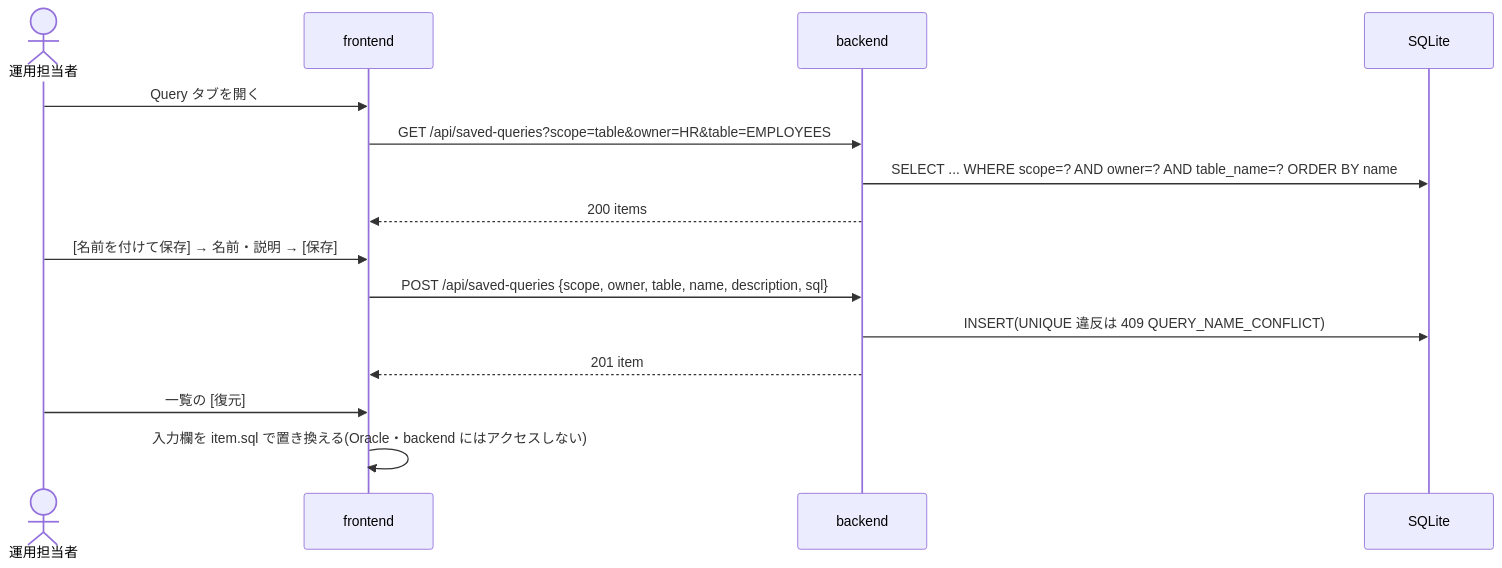
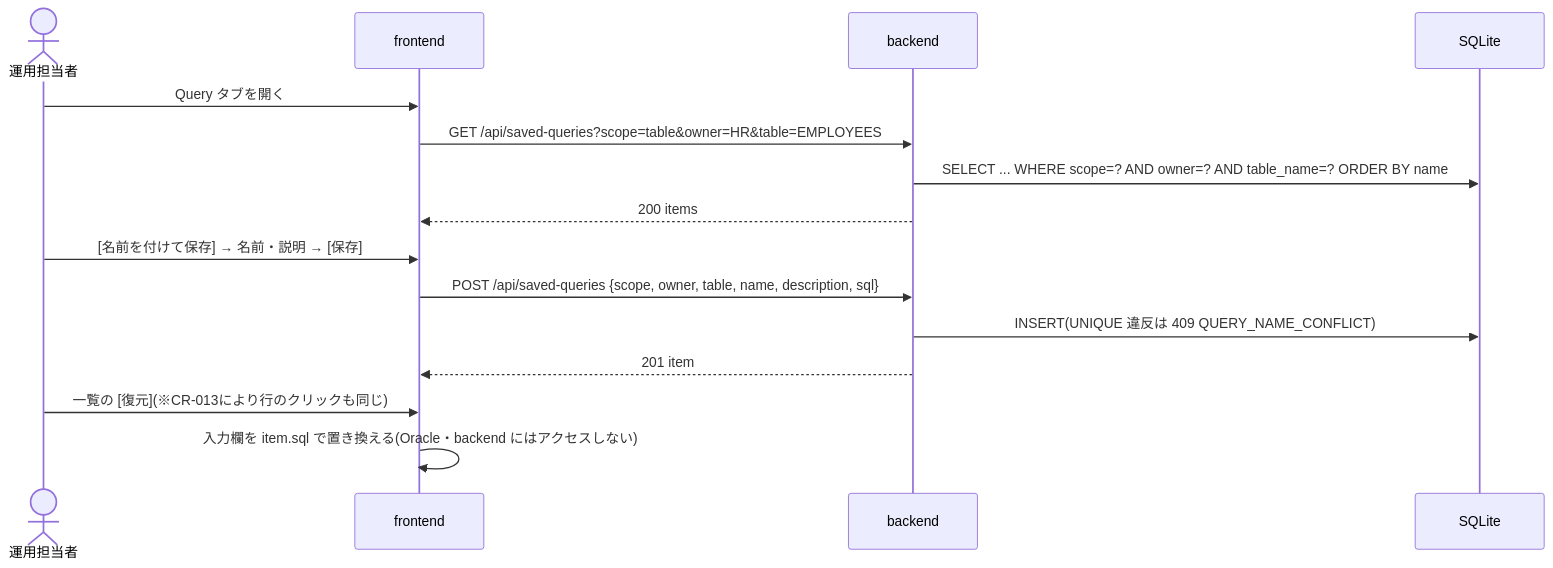
Before and after one commit to kagyuu/DbFAQ: the fifth of 7 diagrams in docs/P002-frontend-spec.md, drawn with Mermaid. The commit also changed other lines of this file and 42 other files, not shown here.

````diff
--- a/docs/P002-frontend-spec.md
+++ b/docs/P002-frontend-spec.md
@@ -991,17 +992,17 @@
 ```mermaid
 sequenceDiagram
   actor U as 運用担当者
   participant FE as frontend
   participant BE as backend
   participant S as SQLite
   U->>FE: Query タブを開く
   FE->>BE: GET /api/saved-queries?scope=table&owner=HR&table=EMPLOYEES
   BE->>S: SELECT ... WHERE scope=? AND owner=? AND table_name=? ORDER BY name
   BE-->>FE: 200 items
   U->>FE: [名前を付けて保存] → 名前・説明 → [保存]
   FE->>BE: POST /api/saved-queries {scope, owner, table, name, description, sql}
   BE->>S: INSERT(UNIQUE 違反は 409 QUERY_NAME_CONFLICT)
   BE-->>FE: 201 item
-  U->>FE: 一覧の [復元]
+  U->>FE: 一覧の [復元](※CR-013により行のクリックも同じ)
   FE->>FE: 入力欄を item.sql で置き換える(Oracle・backend にはアクセスしない)
 ```
````
